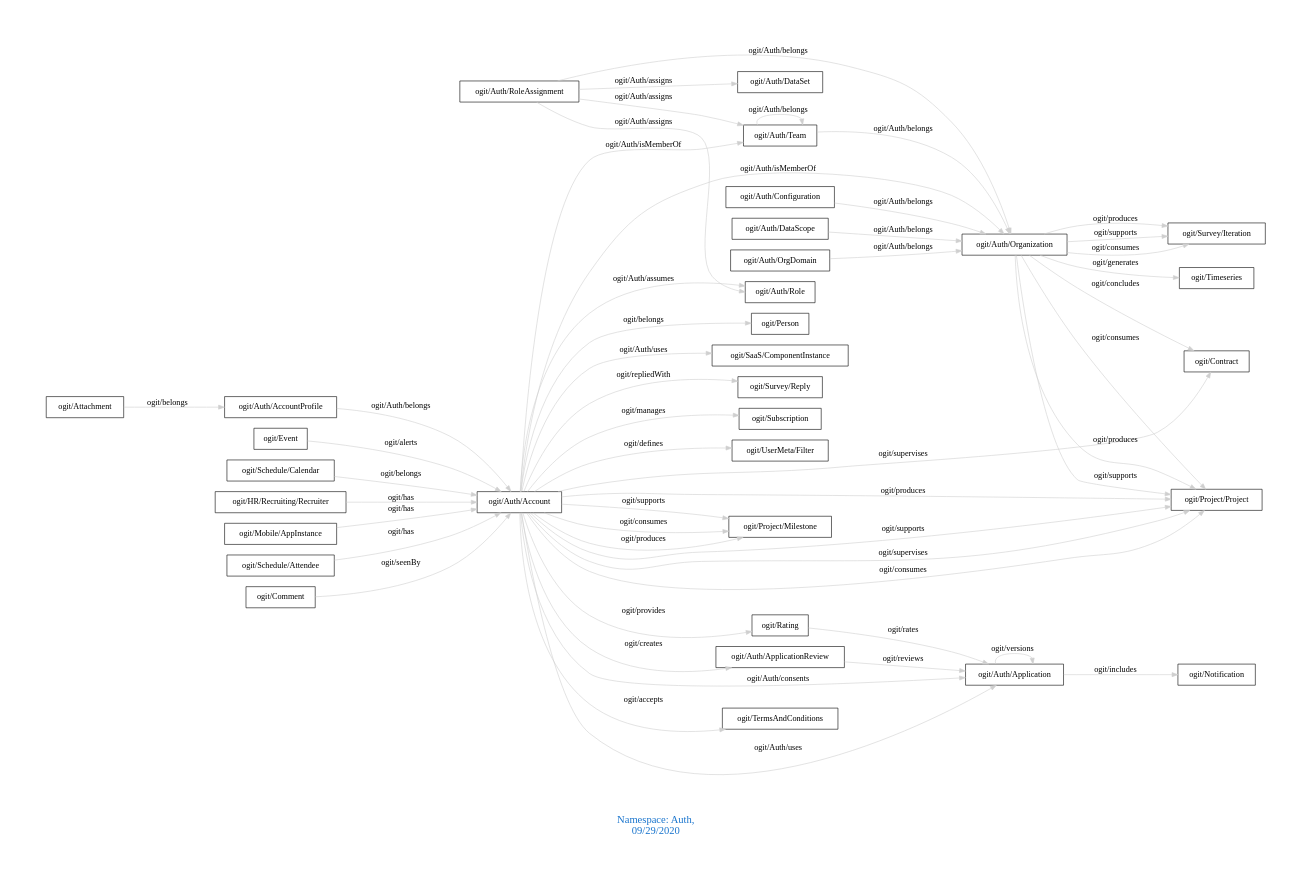
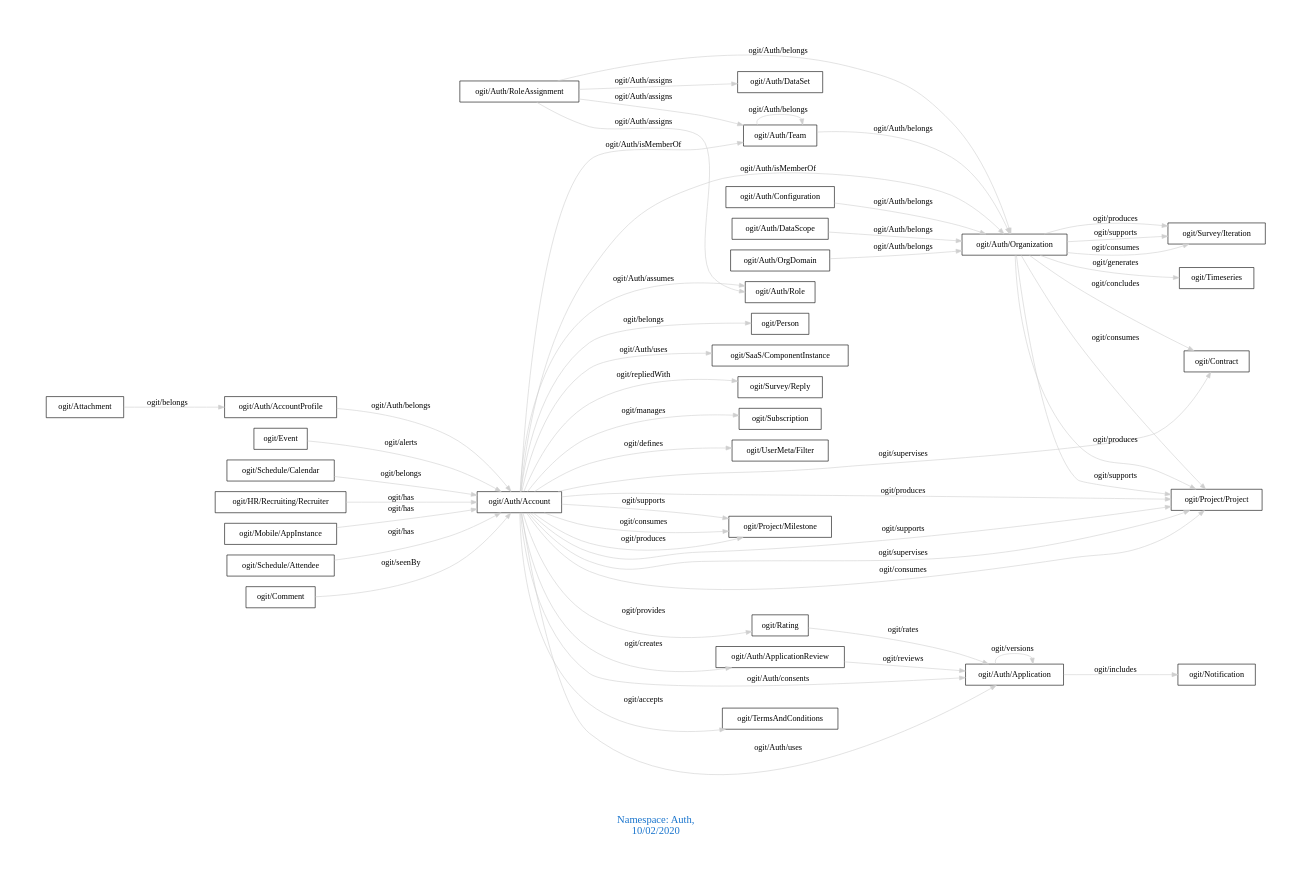
The diagram in downloads/Auth.dot (arago/OGIT), drawn with Graphviz before and after one commit. The commit also changed 1818 other files, not shown here.

```diff
--- a/downloads/Auth.dot
+++ b/downloads/Auth.dot
@@ -1,58 +1,58 @@
 digraph OGIT_ontology {
  graph [ rankdir= LR,pad=1 
 fontsize = 18,
-fontcolor= dodgerblue3,label = "\n\n\nNamespace: Auth, \n 09/29/2020"];
+fontcolor= dodgerblue3,label = "\n\n\nNamespace: Auth, \n 10/02/2020"];
 node[shape=polygon];
 edge [  color="gray81"];
 
    "ogit/Auth/Account" -> "ogit/Subscription" [label="   ogit/manages    "];
    "ogit/Auth/Account" -> "ogit/UserMeta/Filter" [label="   ogit/defines    "];
    "ogit/Auth/AccountProfile" -> "ogit/Auth/Account" [label="   ogit/Auth/belongs    "];
    "ogit/Auth/Configuration" -> "ogit/Auth/Organization" [label="   ogit/Auth/belongs    "];
    "ogit/Auth/DataScope" -> "ogit/Auth/Organization" [label="   ogit/Auth/belongs    "];
    "ogit/Auth/OrgDomain" -> "ogit/Auth/Organization" [label="   ogit/Auth/belongs    "];
    "ogit/Auth/RoleAssignment" -> "ogit/Auth/Organization" [label="   ogit/Auth/belongs    "];
    "ogit/Auth/Team" -> "ogit/Auth/Organization" [label="   ogit/Auth/belongs    "];
    "ogit/Auth/Organization" -> "ogit/Contract" [label="   ogit/concludes    "];
    "ogit/Auth/Account" -> "ogit/Project/Milestone" [label="   ogit/supports    "];
    "ogit/Auth/Account" -> "ogit/Project/Project" [label="   ogit/supports    "];
    "ogit/Auth/Organization" -> "ogit/Project/Project" [label="   ogit/supports    "];
    "ogit/Auth/Organization" -> "ogit/Survey/Iteration" [label="   ogit/supports    "];
    "ogit/Auth/Account" -> "ogit/Project/Project" [label="   ogit/supervises    "];
    "ogit/Auth/Account" -> "ogit/Contract" [label="   ogit/supervises    "];
    "ogit/Auth/Organization" -> "ogit/Timeseries" [label="   ogit/generates    "];
    "ogit/Auth/Account" -> "ogit/Project/Milestone" [label="   ogit/consumes    "];
    "ogit/Auth/Account" -> "ogit/Project/Project" [label="   ogit/consumes    "];
    "ogit/Auth/Organization" -> "ogit/Project/Project" [label="   ogit/consumes    "];
    "ogit/Auth/Organization" -> "ogit/Survey/Iteration" [label="   ogit/consumes    "];
    "ogit/Auth/Application" -> "ogit/Notification" [label="   ogit/includes    "];
    "ogit/Auth/Account" -> "ogit/Auth/Role" [label="   ogit/Auth/assumes    "];
    "ogit/Auth/Account" -> "ogit/TermsAndConditions" [label="   ogit/accepts    "];
    "ogit/Auth/Account" -> "ogit/Auth/ApplicationReview" [label="   ogit/creates    "];
    "ogit/Auth/Account" -> "ogit/Auth/Application" [label="   ogit/Auth/consents    "];
    "ogit/Auth/RoleAssignment" -> "ogit/Auth/Role" [label="   ogit/Auth/assigns    "];
    "ogit/Auth/RoleAssignment" -> "ogit/Auth/Team" [label="   ogit/Auth/assigns    "];
    "ogit/Auth/RoleAssignment" -> "ogit/Auth/DataSet" [label="   ogit/Auth/assigns    "];
    "ogit/Rating" -> "ogit/Auth/Application" [label="   ogit/rates    "];
    "ogit/Event" -> "ogit/Auth/Account" [label="   ogit/alerts    "];
    "ogit/Auth/ApplicationReview" -> "ogit/Auth/Application" [label="   ogit/reviews    "];
    "ogit/Auth/Account" -> "ogit/Rating" [label="   ogit/provides    "];
    "ogit/Auth/Account" -> "ogit/Project/Milestone" [label="   ogit/produces    "];
    "ogit/Auth/Account" -> "ogit/Project/Project" [label="   ogit/produces    "];
    "ogit/Auth/Organization" -> "ogit/Project/Project" [label="   ogit/produces    "];
    "ogit/Auth/Organization" -> "ogit/Survey/Iteration" [label="   ogit/produces    "];
    "ogit/Auth/Account" -> "ogit/Person" [label="   ogit/belongs    "];
    "ogit/Schedule/Calendar" -> "ogit/Auth/Account" [label="   ogit/belongs    "];
    "ogit/Attachment" -> "ogit/Auth/AccountProfile" [label="   ogit/belongs    "];
    "ogit/Auth/Account" -> "ogit/Auth/Organization" [label="   ogit/Auth/isMemberOf    "];
    "ogit/Auth/Account" -> "ogit/Auth/Team" [label="   ogit/Auth/isMemberOf    "];
    "ogit/Auth/Account" -> "ogit/Auth/Application" [label="   ogit/Auth/uses    "];
    "ogit/Auth/Account" -> "ogit/SaaS/ComponentInstance" [label="   ogit/Auth/uses    "];
    "ogit/Auth/Account" -> "ogit/Survey/Reply" [label="   ogit/repliedWith    "];
    "ogit/HR/Recruiting/Recruiter" -> "ogit/Auth/Account" [label="   ogit/has    "];
    "ogit/Mobile/AppInstance" -> "ogit/Auth/Account" [label="   ogit/has    "];
    "ogit/Schedule/Attendee" -> "ogit/Auth/Account" [label="   ogit/has    "];
    "ogit/Comment" -> "ogit/Auth/Account" [label="   ogit/seenBy    "];
    "ogit/Auth/Application" -> "ogit/Auth/Application" [label="   ogit/versions    "];
    "ogit/Auth/Team" -> "ogit/Auth/Team" [label="   ogit/Auth/belongs    "];
 }
```
